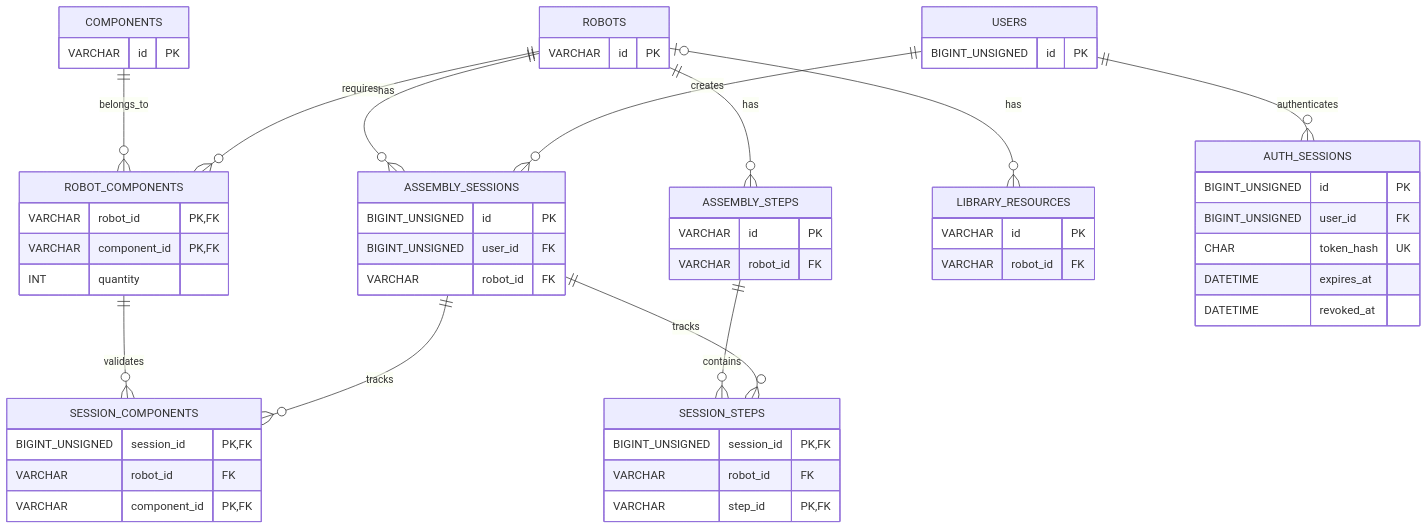
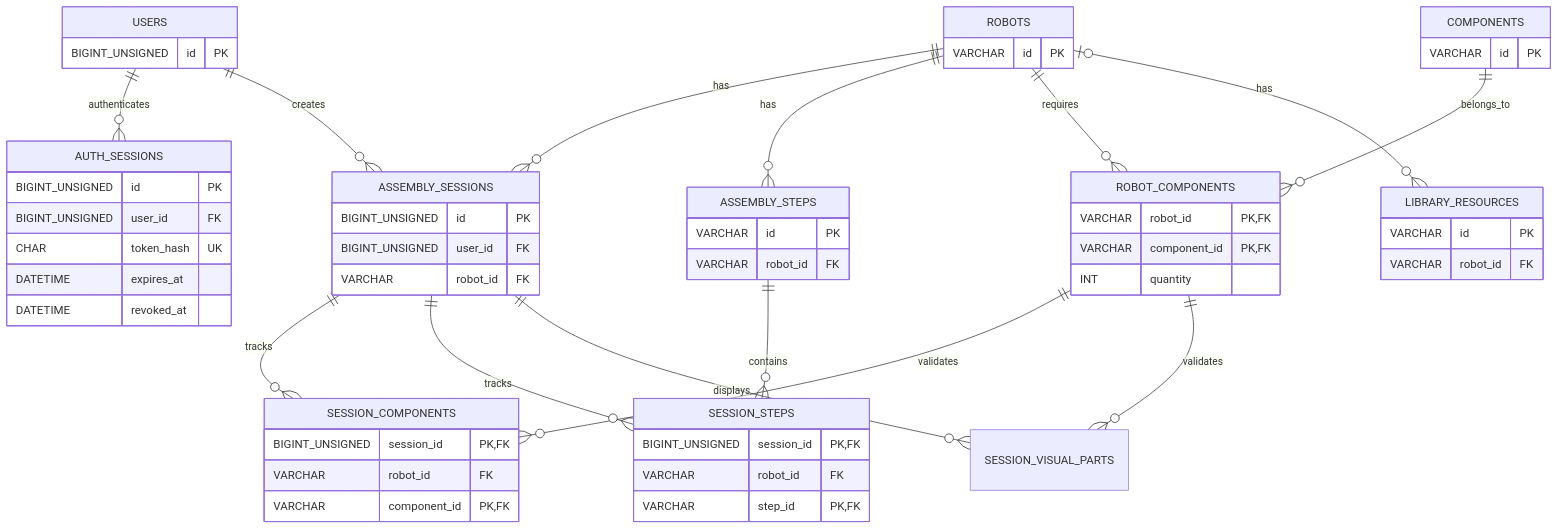
Before and after one commit to franz08hmt/Web_Pro: the diagram in docs/erd.md, drawn with Mermaid. The commit also changed other lines of this file and 29 other files, not shown here.

First line of the commit message:
feat: persist assembly sessions and resume them from account

````diff
--- a/docs/erd.md
+++ b/docs/erd.md
@@ -77,5 +77,9 @@
 
     ASSEMBLY_STEPS ||--o{ SESSION_STEPS : contains
 
+    ASSEMBLY_SESSIONS ||--o{ SESSION_VISUAL_PARTS : displays
+
+    ROBOT_COMPONENTS ||--o{ SESSION_VISUAL_PARTS : validates
+
     ROBOTS o|--o{ LIBRARY_RESOURCES : has
 ```
````
